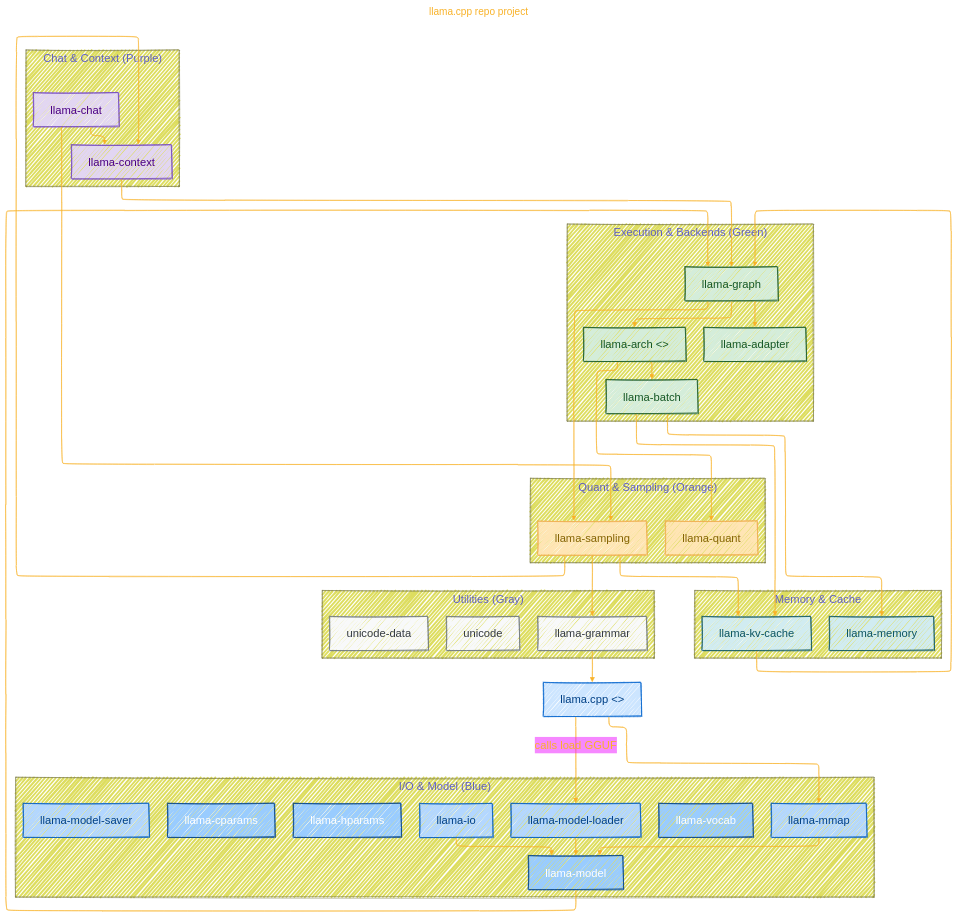
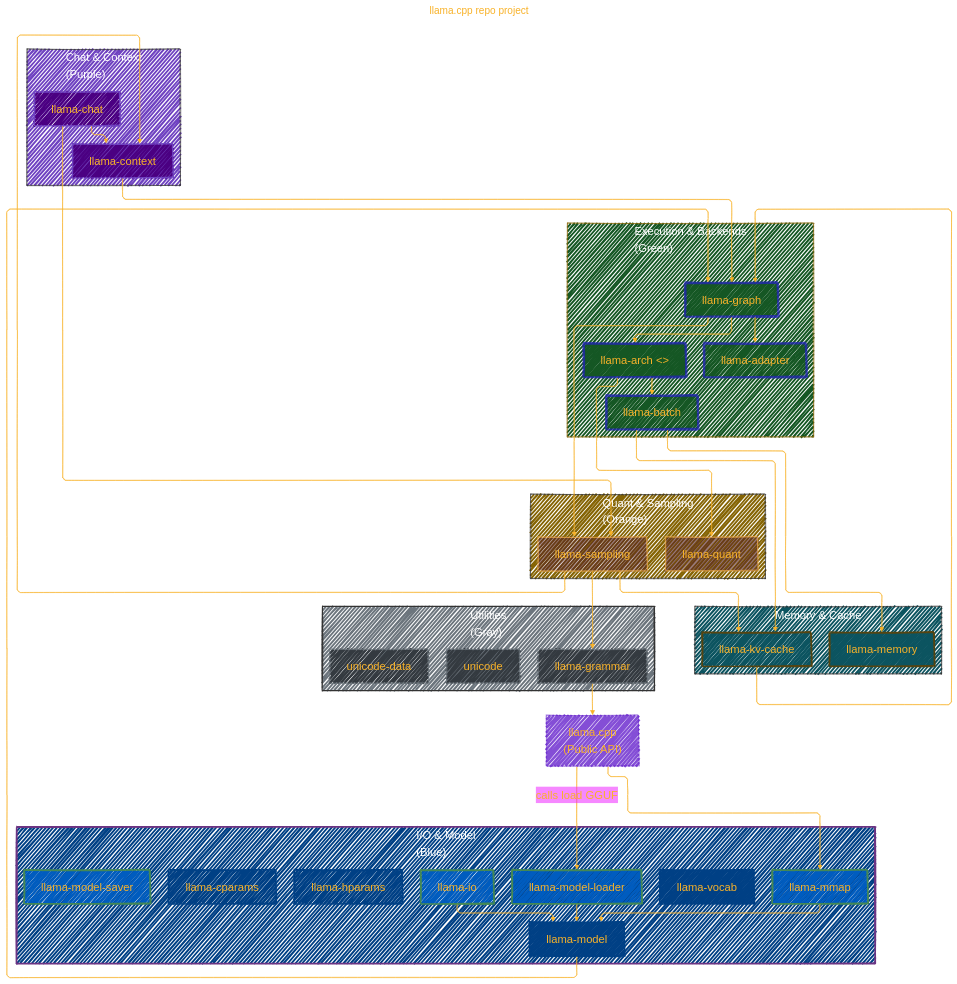
The first of 2 diagrams in GGML_ORG/GitHub_repo_projects/llama.cpp.md (CongLeSolutionX/Synthetic-Zooniverse), drawn with Mermaid before and after one commit.

Commit message:
update notes

````diff
--- a/GGML_ORG/GitHub_repo_projects/llama.cpp.md
+++ b/GGML_ORG/GitHub_repo_projects/llama.cpp.md
@@ -58,7 +58,7 @@
 %% basis, bumpX, bumpY, cardinal, catmullRom, linear, monotoneX, monotoneY, natural, step, stepAfter, stepBefore.
 %%{
   init: {
-    'flowchart': { 'htmlLabels': true, 'curve': 'basis' },
+    'flowchart': { 'htmlLabels': true, 'curve': 'bumpY' },
     'fontFamily': 'American Typewriter, monospace',
     'logLevel': 'fatal',
     'themeVariables': {
@@ -75,57 +75,63 @@
 }%%
 flowchart TD
     %% Public API
-    A["llama.cpp <<Public API>>"]:::api
+    A["llama.cpp <br/>(Public API)"]:::api
 
     %% I/O & Model Representation Layer
-    subgraph "I/O & Model (Blue)"
-        direction TB
-        B1["llama-model-loader"]:::io
-        B2["llama-model-saver"]:::io
-        B3["llama-mmap"]:::io
-        B4["llama-io"]:::io
-        B5["llama-model"]:::model
-        B6["llama-hparams"]:::model
-        B7["llama-cparams"]:::model
-        B8["llama-vocab"]:::model
+    subgraph I_O_and_Model["I/O & Model<br/>(Blue)"]
+    style I_O_and_Model fill:#004085,stroke:#6C3483,stroke-width:3px, color: #FFFF
+    direction TB
+      B1["llama-model-loader"]:::io
+      B2["llama-model-saver"]:::io
+      B3["llama-mmap"]:::io
+      B4["llama-io"]:::io
+      B5["llama-model"]:::model
+      B6["llama-hparams"]:::model
+      B7["llama-cparams"]:::model
+      B8["llama-vocab"]:::model
     end
 
     %% Execution & Backends Layer
-    subgraph "Execution & Backends (Green)"
-        direction TB
-        C1["llama-graph"]:::exec
-        C2["llama-arch <<Backend Interface>>"]:::exec
-        C3["llama-adapter"]:::exec
-        C4["llama-batch"]:::exec
+    subgraph Execution_and_Backends["Execution & Backends<br/>(Green)"]
+    style Execution_and_Backends fill:#155724,stroke:#856404,stroke-width:1px, color: #FFFF
+    direction TB
+      C1["llama-graph"]:::exec
+      C2["llama-arch <<Backend Interface>>"]:::exec
+      C3["llama-adapter"]:::exec
+      C4["llama-batch"]:::exec
     end
 
     %% Memory & Cache
-    subgraph "Memory & Cache"
-        direction TB
-        D1["llama-memory"]:::cache
-        D2["llama-kv-cache"]:::cache
+    subgraph Memory_and_Cache["Memory & Cache"]
+    style Memory_and_Cache fill:#0c5460,stroke:#333,stroke-width:1px, color: #FFFF
+    direction TB
+      D1["llama-memory"]:::cache
+      D2["llama-kv-cache"]:::cache
     end
 
     %% Quantization & Sampling Layer
-    subgraph "Quant & Sampling (Orange)"
-        direction TB
-        E1["llama-quant"]:::quant
-        E2["llama-sampling"]:::quant
+    subgraph Quant_and_Sampling["Quant & Sampling<br/>(Orange)"]
+    style Quant_and_Sampling fill:#856404,stroke:#333,stroke-width:1px, color: #FFFF
+    direction TB
+      E1["llama-quant"]:::quant
+      E2["llama-sampling"]:::quant
     end
 
     %% Chat & Context Layer
-    subgraph "Chat & Context (Purple)"
-        direction TB
-        F1["llama-chat"]:::chat
-        F2["llama-context"]:::chat
+    subgraph Chat_and_Context["Chat & Context<br/>(Purple)"]
+    style Chat_and_Context fill:#6f42c1,stroke:#333,stroke-width:1px, color: #FFFF
+    direction TB
+      F1["llama-chat"]:::chat
+      F2["llama-context"]:::chat
     end
 
     %% Utilities Layer
-    subgraph "Utilities (Gray)"
-        direction TB
-        G1["unicode"]:::util
-        G2["unicode-data"]:::util
-        G3["llama-grammar"]:::util
+    subgraph Utilities["Utilities<br/>(Gray)"]
+    style Utilities fill:#6c757d,stroke:#333,stroke-width:2px, color: #FFFF
+    direction TB
+      G1["unicode"]:::util
+      G2["unicode-data"]:::util
+      G3["llama-grammar"]:::util
     end
 
     %% Flow connections
@@ -176,13 +182,13 @@
     click G3 "https://github.com/ggml-org/llama.cpp/blob/master/src/llama-grammar.cpp"
 
     %% Styles
-    classDef api fill:#cce5ff,stroke:#0062cc,color:#004085;
-    classDef io fill:#b3d7ff,stroke:#005cbf,color:#004085;
-    classDef model fill:#99ccff,stroke:#004085,color:#fff;
-    classDef exec fill:#d4edda,stroke:#155724,color:#155724;
-    classDef cache fill:#d1ecf1,stroke:#0c5460,color:#0c5460;
-    classDef quant fill:#ffe5b4,stroke:#f0ad4e,color:#856404;
-    classDef chat fill:#e2d6f2,stroke:#6f42c1,color:#4b0082;
-    classDef util fill:#f8f9fa,stroke:#6c757d,color:#343a40;
+    classDef api fill:#62cc,stroke:#62cc,stroke-width:1px,color:#F8B229
+    classDef io fill:#005cbf,stroke:#485,stroke-width:3px,color:#F8B229
+    classDef model fill:#004085,stroke:#004085,stroke-width:3px,color:#F8B229
+    classDef exec fill:#155724,stroke:#22BB,stroke-width:4px,color:#F8B229
+    classDef cache fill:#0c5460,stroke:#541,stroke-width:3px,color:#F8B229
+    classDef quant fill:#5229,stroke:#f0ad4e,stroke-width:1px,color:#F8B229
+    classDef chat fill:#4b0082,stroke:#6f42c1,stroke-width:2px,color:#F8B229
+    classDef util fill:#343a40,stroke:#6c757d,stroke-width:1px,color:#F8B229
 
 ```
````
